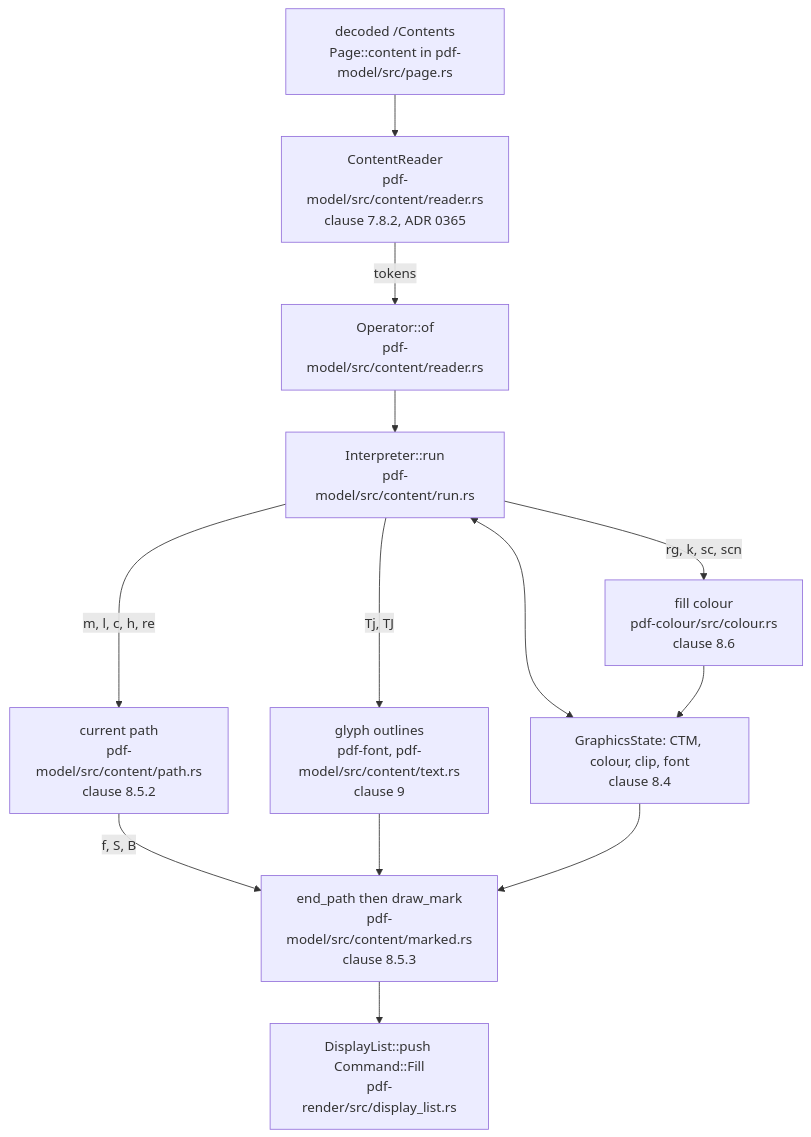
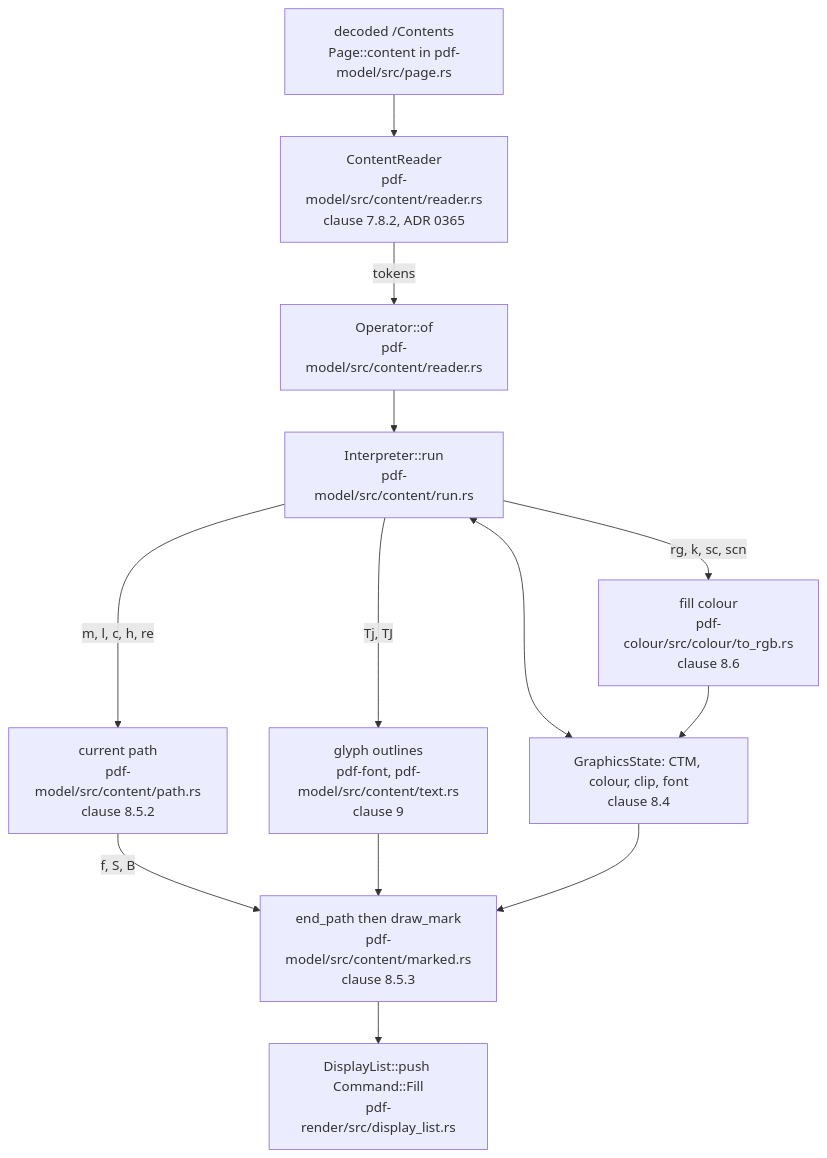
Before and after one commit to close2/pdf-viewer: the fourth of 8 diagrams in doc/teaching/how-a-page-lands-on-the-screen.md, drawn with Mermaid. The commit also changed other lines of this file and 155 other files, not shown here.

````diff
--- a/doc/teaching/how-a-page-lands-on-the-screen.md
+++ b/doc/teaching/how-a-page-lands-on-the-screen.md
@@ -240,26 +241,26 @@
 ```mermaid
 flowchart TD
     CONTENT["decoded /Contents<br/>Page::content in pdf-model/src/page.rs"]
     READER["ContentReader<br/>pdf-model/src/content/reader.rs<br/>clause 7.8.2, ADR 0365"]
     OPERATOR["Operator::of<br/>pdf-model/src/content/reader.rs"]
     RUN["Interpreter::run<br/>pdf-model/src/content/run.rs"]
     STATE["GraphicsState: CTM, colour, clip, font<br/>clause 8.4"]
     PATH["current path<br/>pdf-model/src/content/path.rs<br/>clause 8.5.2"]
-    COLOUR["fill colour<br/>pdf-colour/src/colour.rs<br/>clause 8.6"]
+    COLOUR["fill colour<br/>pdf-colour/src/colour/to_rgb.rs<br/>clause 8.6"]
     TEXT["glyph outlines<br/>pdf-font, pdf-model/src/content/text.rs<br/>clause 9"]
     MARK["end_path then draw_mark<br/>pdf-model/src/content/marked.rs<br/>clause 8.5.3"]
     LIST["DisplayList::push Command::Fill<br/>pdf-render/src/display_list.rs"]
 
     CONTENT --> READER
     READER -->|tokens| OPERATOR
     OPERATOR --> RUN
     RUN <--> STATE
     RUN -->|"m, l, c, h, re"| PATH
     RUN -->|"rg, k, sc, scn"| COLOUR
     RUN -->|"Tj, TJ"| TEXT
     PATH -->|"f, S, B"| MARK
     TEXT --> MARK
     COLOUR --> STATE
     STATE --> MARK
     MARK --> LIST
 ```
````
